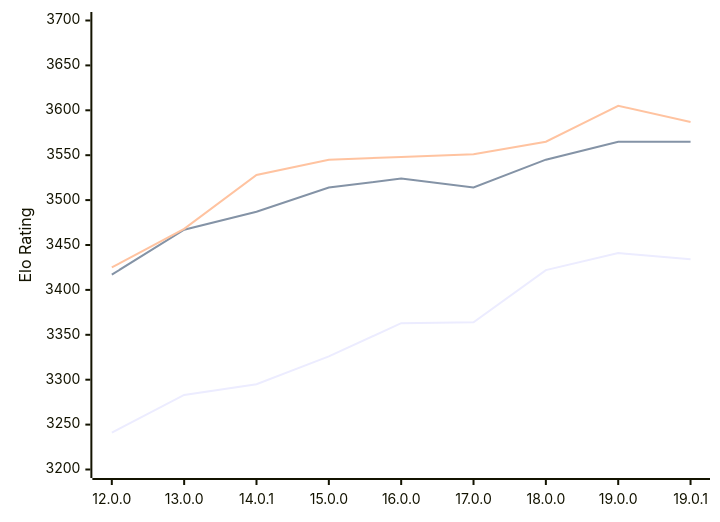
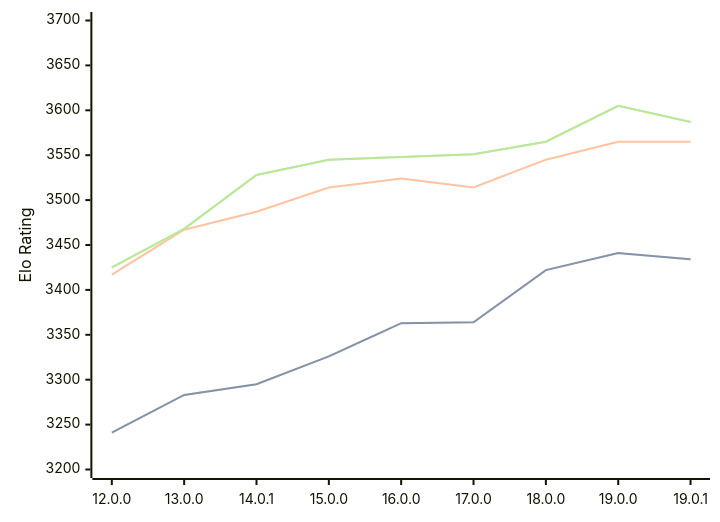
Before and after one commit to computer-chess-index/cci: the diagram in engines/Viridithas.md, drawn with Mermaid. The commit also changed other lines of this file, not shown here.

Commit message:
Update CCI Ratings (ELO VLTC) - 2026-02-13

````diff
--- a/engines/Viridithas.md
+++ b/engines/Viridithas.md
@@ -60,9 +60,11 @@
 ```mermaid
 %%{init: {"theme":"base","themeVariables":{"seriesColors:['#a3a3a3','#222221','#faa371']}}}%%
 xychart-beta
   x-axis ["12.0.0", "13.0.0", "14.0.1", "15.0.0", "16.0.0", "17.0.0", "18.0.0", "19.0.0", "19.0.1"]
   y-axis "Elo Rating" 3200 --> 3700
   line "STC (8.0+0.08s)" [3241, 3283, 3295, 3326, 3363, 3364, 3422, 3441, 3434]
+  line "STC (8.0+0.08s)" [3241, 3283, 3295, 3326, 3363, 3364, 3422, 3441, 3434]
   line "LTC (60.0+0.60s)" [3417, 3467, 3487, 3514, 3524, 3514, 3545, 3565, 3565]
   line "VLTC (2m24s+1.12s)" [3425, 3468, 3528, 3545, 3548, 3551, 3565, 3605, 3587]
+  line "VLTC (2m24s+1.12s)" [3425, 3468, 3528, 3545, 3548, 3551, 3565, 3605, 3587]
 ```
````
